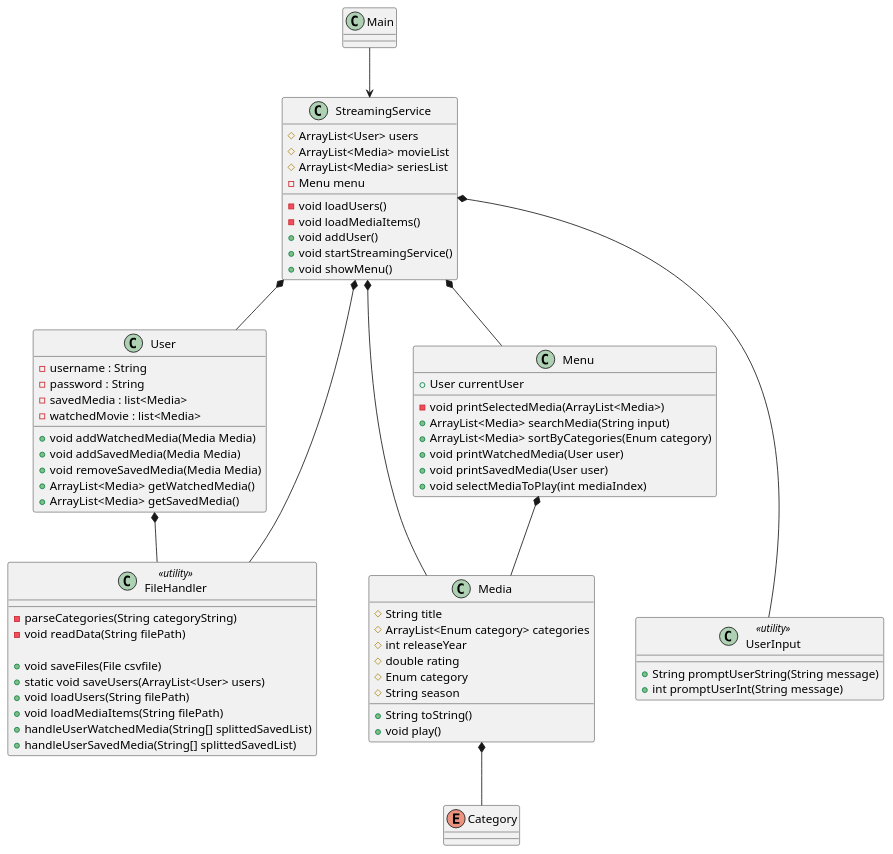
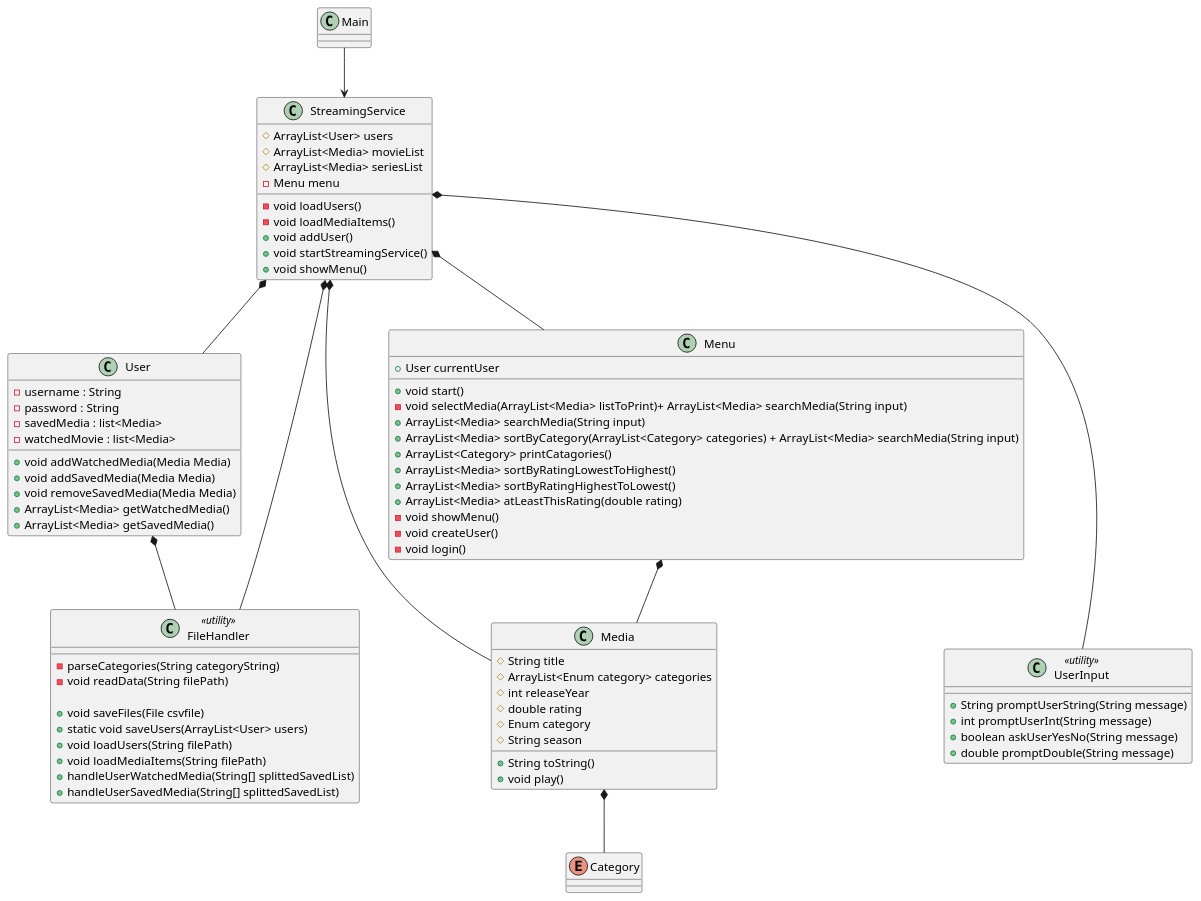
The diagram in UML DIagram/classDiagramV2.puml (Max-Rasmussen/SP3-StreamingService), drawn with PlantUML before and after one commit.

Commit message:
Opdaterede klassediagram

```diff
--- a/UML DIagram/classDiagramV2.puml
+++ b/UML DIagram/classDiagramV2.puml
@@ -1,109 +1,115 @@
 @startuml
 
 
 
 
 '==Variabler og methods===
 
 class User{
 - username : String
 - password : String
 - savedMedia : list<Media>
 - watchedMovie : list<Media>
 
 + void addWatchedMedia(Media Media)
 + void addSavedMedia(Media Media)
 + void removeSavedMedia(Media Media)
 + ArrayList<Media> getWatchedMedia()
 + ArrayList<Media> getSavedMedia()
 
 }
 
 class Media{
 # String title
 # ArrayList<Enum category> categories
 # int releaseYear
 # double rating
 # Enum category
 # String season
 
 
 + String toString()
 + void play()
 
 
 }
 
 class Main
 
 
 enum Category
 class StreamingService{
 # ArrayList<User> users
 # ArrayList<Media> movieList
 # ArrayList<Media> seriesList
 - Menu menu
 
 
 - void loadUsers()
 - void loadMediaItems()
 + void addUser()
 + void startStreamingService()
 + void showMenu()
 }
 class FileHandler <<utility>> {
 - parseCategories(String categoryString)
 - void readData(String filePath)
 
 + void saveFiles(File csvfile)
 + static void saveUsers(ArrayList<User> users)
 + void loadUsers(String filePath)
 + void loadMediaItems(String filePath)
 + handleUserWatchedMedia(String[] splittedSavedList)
 + handleUserSavedMedia(String[] splittedSavedList)
 
 
 
 
 }
 
 
 class UserInput <<utility>>{
-
-
 +String promptUserString(String message)
 +int promptUserInt(String message)
++boolean askUserYesNo(String message)
++double promptDouble(String message)
 
 }
 class Menu{
 +User currentUser
 
-- void printSelectedMedia(ArrayList<Media>)
++ void start()
+- void selectMedia(ArrayList<Media> listToPrint)+ ArrayList<Media> searchMedia(String input)
 + ArrayList<Media> searchMedia(String input)
-+ ArrayList<Media> sortByCategories(Enum category)
-+ void printWatchedMedia(User user)
-+ void printSavedMedia(User user)
-+ void selectMediaToPlay(int mediaIndex)
++ ArrayList<Media> sortByCategory(ArrayList<Category> categories) + ArrayList<Media> searchMedia(String input)
++ ArrayList<Category> printCatagories()
++ ArrayList<Media> sortByRatingLowestToHighest()
++ ArrayList<Media> sortByRatingHighestToLowest()
++ ArrayList<Media> atLeastThisRating(double rating)
+- void showMenu()
+- void createUser()
+- void login()
+
 
 }
 
 
 '==ARV===
 
 User *-- FileHandler
 StreamingService *-- FileHandler
 
 Menu *-- Media
 
 Main --> StreamingService
 
 StreamingService *--- UserInput
 StreamingService *-- Media
 StreamingService *-- Menu
 StreamingService *-- User
 
 Media *-- Category
 
 
 
 @enduml
```
